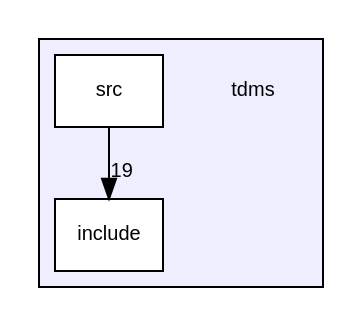
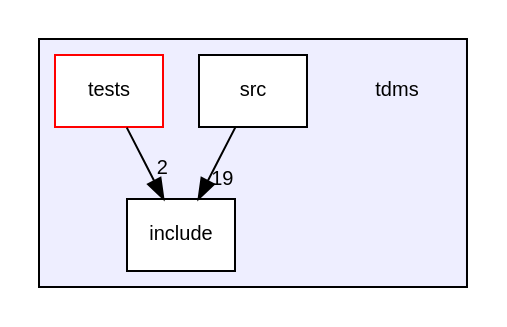
Before and after one commit to UCL/TDMS: the diagram in dir_dfaedd75726dc0f14b5d7f96fe9da9ad_dep.dot, drawn with Graphviz. The commit also changed 67 other files, not shown here.

```diff
--- a/dir_dfaedd75726dc0f14b5d7f96fe9da9ad_dep.dot
+++ b/dir_dfaedd75726dc0f14b5d7f96fe9da9ad_dep.dot
@@ -1,12 +1,14 @@
 digraph "tdms" {
   compound=true
   node [ fontsize="10", fontname="Helvetica"];
   edge [ labelfontsize="10", labelfontname="Helvetica"];
   subgraph clusterdir_dfaedd75726dc0f14b5d7f96fe9da9ad {
     graph [ bgcolor="#eeeeff", pencolor="black", label="" URL="dir_dfaedd75726dc0f14b5d7f96fe9da9ad.html"];
     dir_dfaedd75726dc0f14b5d7f96fe9da9ad [shape=plaintext label="tdms"];
     dir_31151eb6fe72a8c6f09675be35b4e99c [shape=box label="include" color="black" fillcolor="white" style="filled" URL="dir_31151eb6fe72a8c6f09675be35b4e99c.html"];
     dir_31743c9f8cb9d8e1833bb08943f9ef81 [shape=box label="src" color="black" fillcolor="white" style="filled" URL="dir_31743c9f8cb9d8e1833bb08943f9ef81.html"];
+    dir_99e68cfdfe0514ef618d04f980ae72d7 [shape=box label="tests" color="red" fillcolor="white" style="filled" URL="dir_99e68cfdfe0514ef618d04f980ae72d7.html"];
   }
   dir_31743c9f8cb9d8e1833bb08943f9ef81->dir_31151eb6fe72a8c6f09675be35b4e99c [headlabel="19", labeldistance=1.5 headhref="dir_000003_000002.html"];
+  dir_99e68cfdfe0514ef618d04f980ae72d7->dir_31151eb6fe72a8c6f09675be35b4e99c [headlabel="2", labeldistance=1.5 headhref="dir_000004_000002.html"];
 }
```
